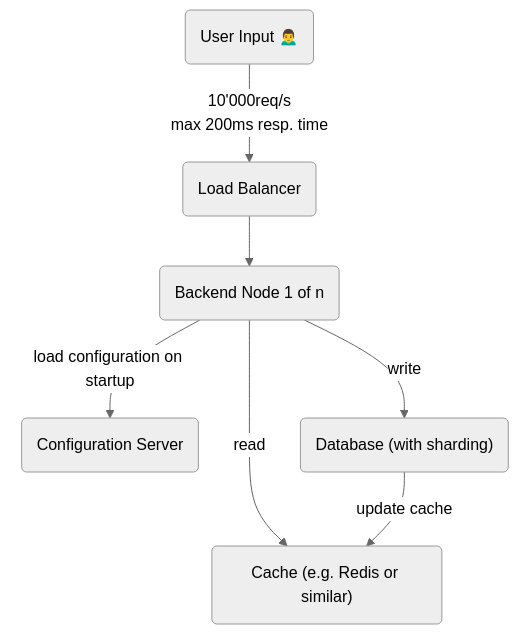
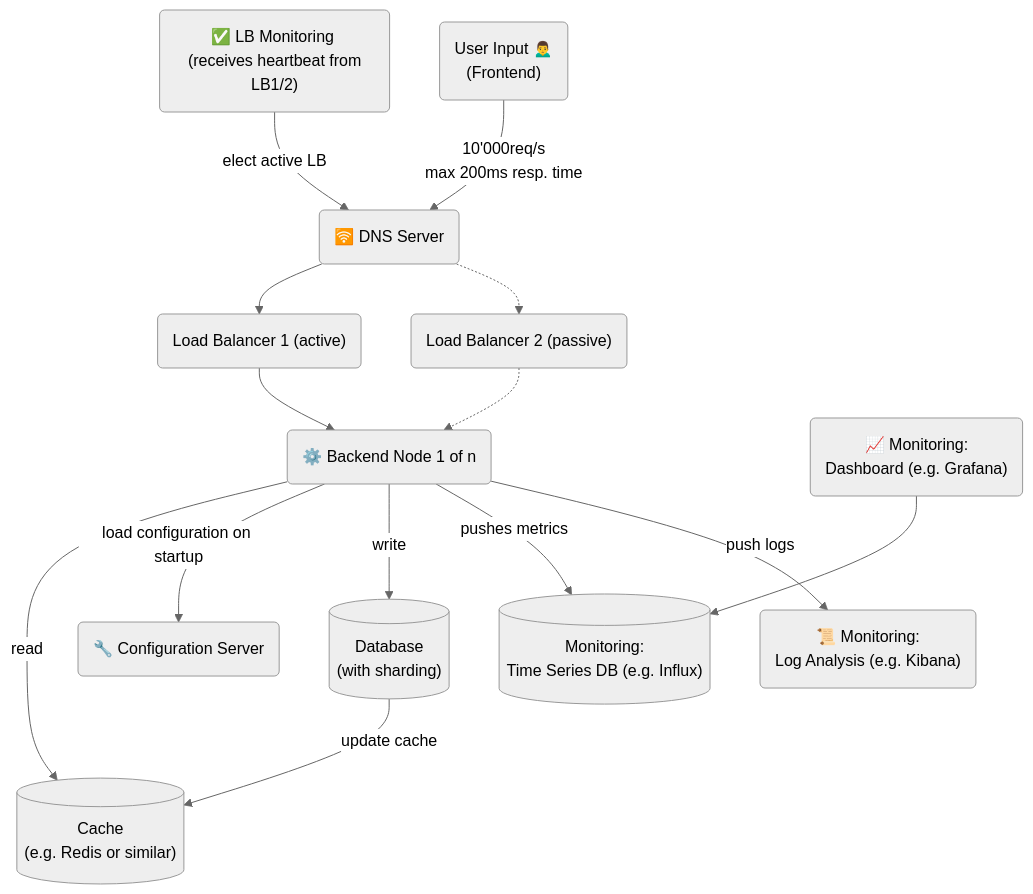
One commit to aerobless/knowledge changed the diagram in programming/software-architecture.md. Above: the diagram before and after it, drawn with Mermaid (neutral theme).

Commit message:
GITBOOK-373: change request with no subject merged in GitBook

````diff
--- a/programming/software-architecture.md
+++ b/programming/software-architecture.md
@@ -68,15 +68,33 @@
 ```mermaid
 graph TD
-A("User Input 🙍‍♂️")-->|10'000req/s \n max 200ms resp. time|LB("Load Balancer")
-LB --> BeNodes("Backend Node 1 of n")
+LB1("Load Balancer 1 (active)")
+LB2("Load Balancer 2 (passive)")
 
-Config("Configuration Server")
+DNS("🛜 DNS Server")
+LBMonitoring("✅ LB Monitoring \n (receives heartbeat from LB1/2)")
+LBMonitoring --> |elect active LB|DNS
 
-Cache("Cache (e.g. Redis or similar)")
+A("User Input 🙍‍♂️ \n (Frontend)")-->|10'000req/s \n max 200ms resp. time|DNS
+DNS --> LB1
+DNS -.-> LB2
+LB1 --> BeNodes("⚙️ Backend Node 1 of n")
+LB2 -.-> BeNodes
+
+Config("🔧 Configuration Server")
+
+Cache[("Cache \n (e.g. Redis or similar)")]
 BeNodes --> |read|Cache
 BeNodes --> |load configuration on startup|Config
 
-DB("Database (with sharding)")
+DB[("Database \n(with sharding)")]
 BeNodes --> |write|DB
 DB --> |update cache|Cache
+
+MonitoringStats[("Monitoring:\n Time Series DB (e.g. Influx)")]
+MonitoringDashboard("📈 Monitoring:\n Dashboard (e.g. Grafana)")
+MonitoringDashboard --> MonitoringStats
+BeNodes --> |pushes metrics|MonitoringStats
+BeNodes --> |push logs| MonitoringLogs
+
+MonitoringLogs("📜 Monitoring:\n Log Analysis (e.g. Kibana)")
 ```
````
